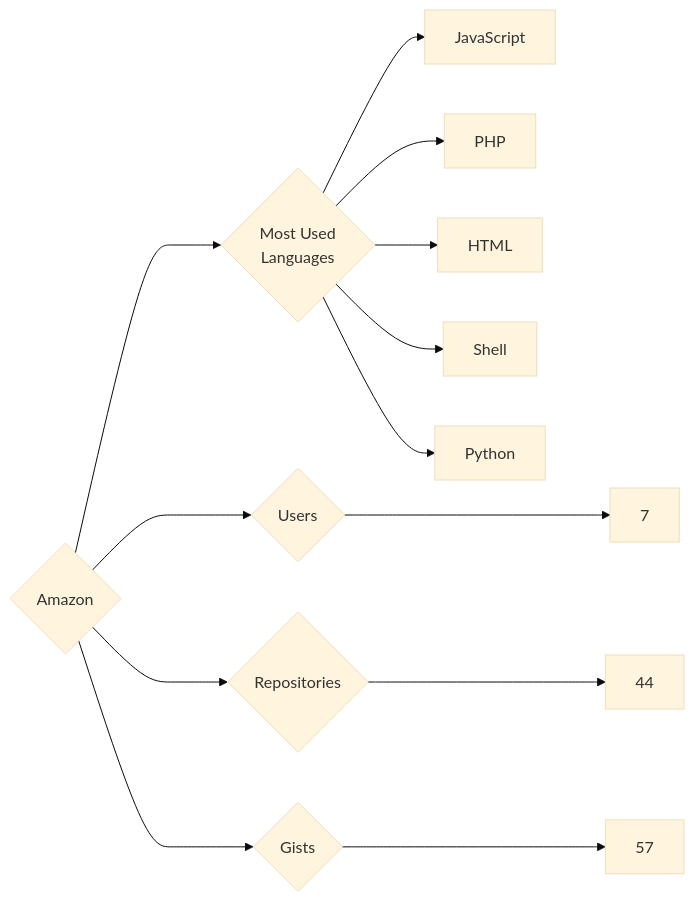
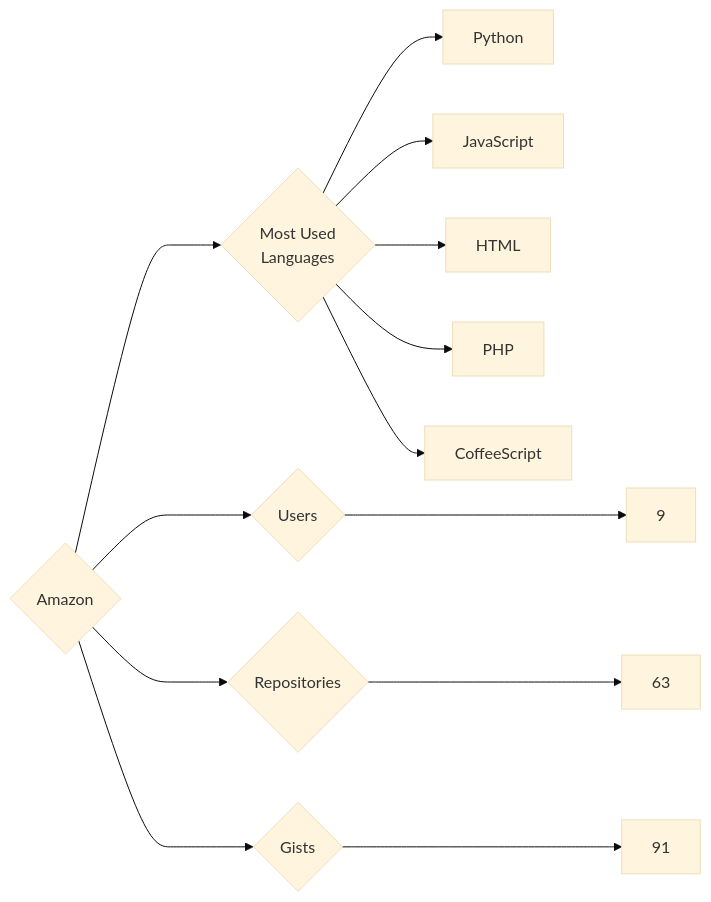
One commit to trickest/insiders changed the diagram in targets/Amazon/README.md. Above: the diagram before and after it, drawn with Mermaid (base theme). The commit also changed 1084 other files, not shown here.

````diff
--- a/targets/Amazon/README.md
+++ b/targets/Amazon/README.md
@@ -3,13 +3,13 @@
 ```mermaid
 graph LR
 COMPANY_NAME{Amazon}
-COMPANY_NAME ---> U{Users} ---> UN[7]
-COMPANY_NAME ---> R{Repositories} ---> RN[44]
-COMPANY_NAME ---> G{Gists} ---> GN[57]
+COMPANY_NAME ---> U{Users} ---> UN[9]
+COMPANY_NAME ---> R{Repositories} ---> RN[63]
+COMPANY_NAME ---> G{Gists} ---> GN[91]
 COMPANY_NAME ---> ML{Most Used<br>Languages}
+ML --> Python[Python]
 ML --> JavaScript[JavaScript]
+ML --> HTML[HTML]
 ML --> PHP[PHP]
-ML --> HTML[HTML]
-ML --> Shell[Shell]
-ML --> Python[Python]
+ML --> CoffeeScript[CoffeeScript]
 ```
````
